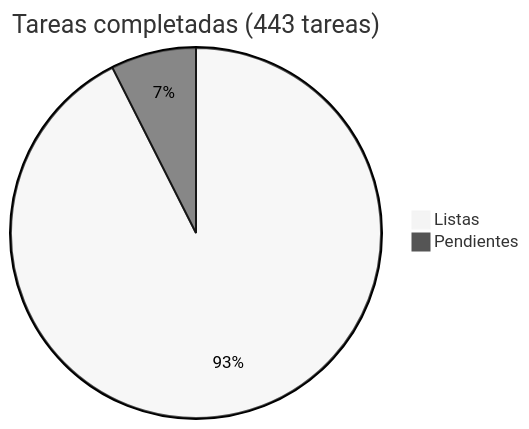
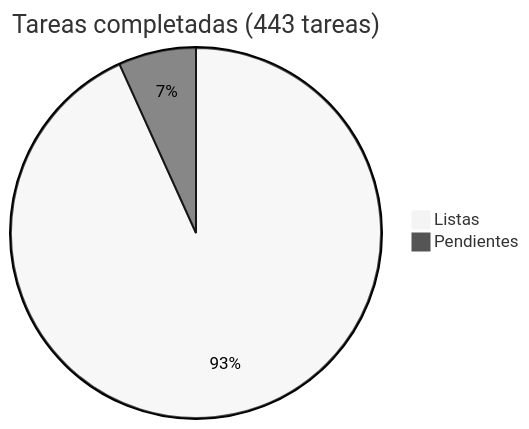
One commit to araguaney-lat/araguaney changed the diagram in docs/roadmap/README.md. Above: the diagram before and after it, drawn with Mermaid (neutral theme). The commit also changed other lines of this file and 19 other files, not shown here.

````diff
--- a/docs/roadmap/README.md
+++ b/docs/roadmap/README.md
@@ -5,5 +5,5 @@
 ```mermaid
 pie title Tareas completadas (443 tareas)
-    "Listas" : 410
-    "Pendientes" : 33
+    "Listas" : 413
+    "Pendientes" : 30
 ```
````
